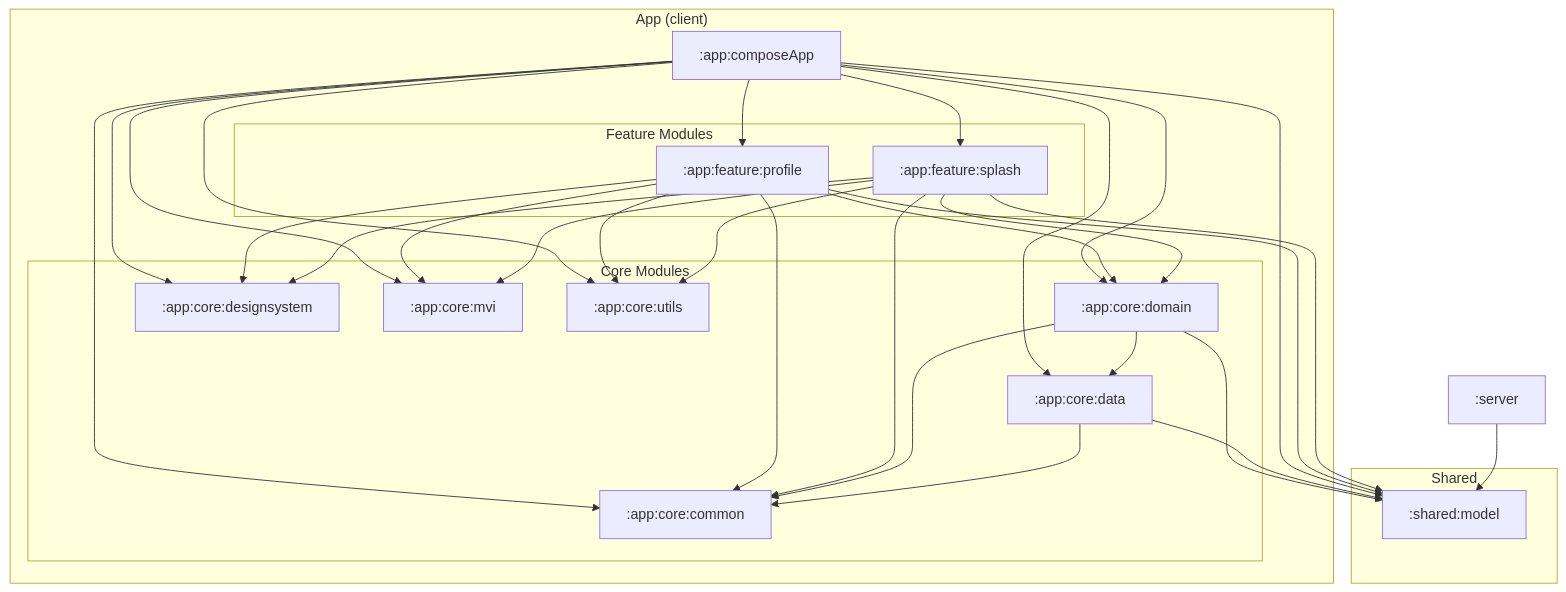
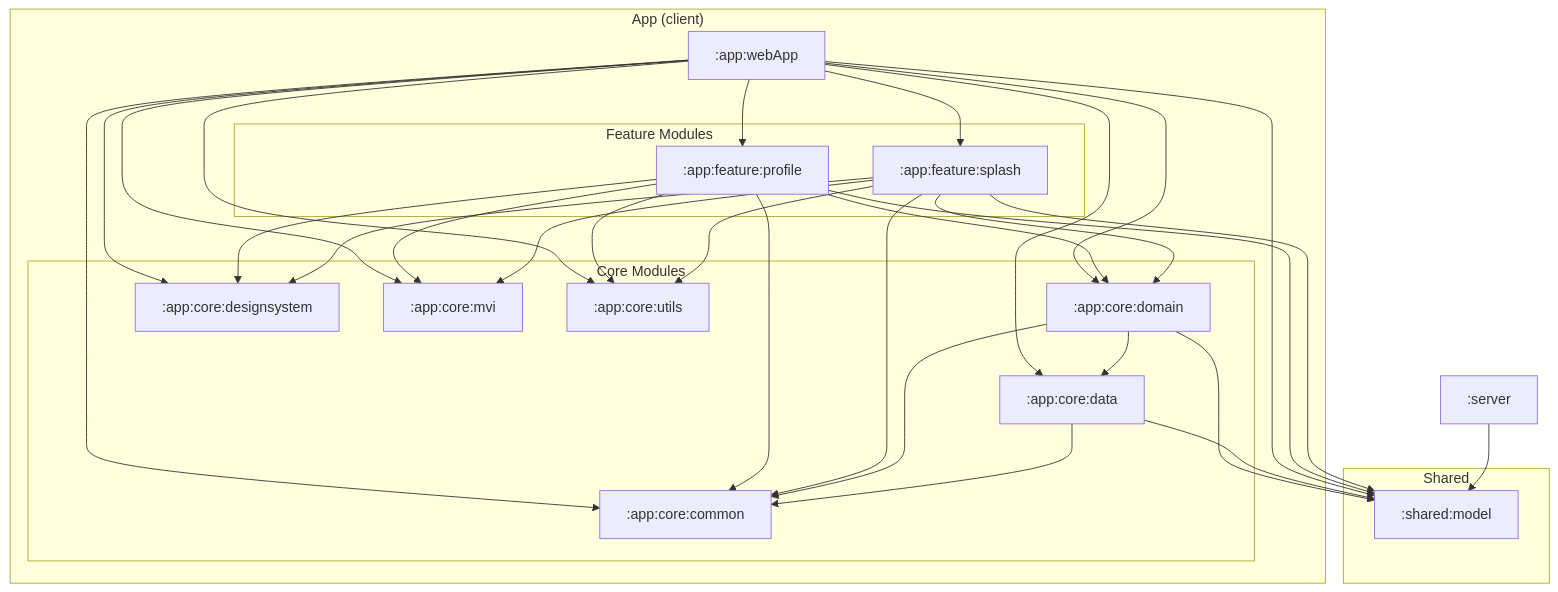
The diagram in docs/ModuleOverview.md (kei-1111/kei-1111.github.io), drawn with Mermaid before and after one commit. The commit also changed other lines of this file and 30 other files, not shown here.

First line of the commit message:
refactor: rename :app:composeApp to :app:webApp

````diff
--- a/docs/ModuleOverview.md
+++ b/docs/ModuleOverview.md
@@ -11,36 +11,36 @@
 ```mermaid
 flowchart TB
     subgraph "Shared"
         model[":shared:model"]
     end
 
     server[":server"]
 
     subgraph "App (client)"
-        composeApp[":app:composeApp"]
+        webApp[":app:webApp"]
 
         subgraph "Feature Modules"
             profile[":app:feature:profile"]
             splash[":app:feature:splash"]
         end
 
         subgraph "Core Modules"
             domain[":app:core:domain"]
             data[":app:core:data"]
             designsystem[":app:core:designsystem"]
             mvi[":app:core:mvi"]
             common[":app:core:common"]
             utils[":app:core:utils"]
         end
     end
 
-    composeApp --> profile & splash
-    composeApp --> common & data & designsystem & domain & mvi & utils & model
+    webApp --> profile & splash
+    webApp --> common & data & designsystem & domain & mvi & utils & model
 
     profile & splash --> common & designsystem & domain & mvi & utils & model
 
     domain --> common & data & model
     data --> common & model
 
     server --> model
 ```
````
